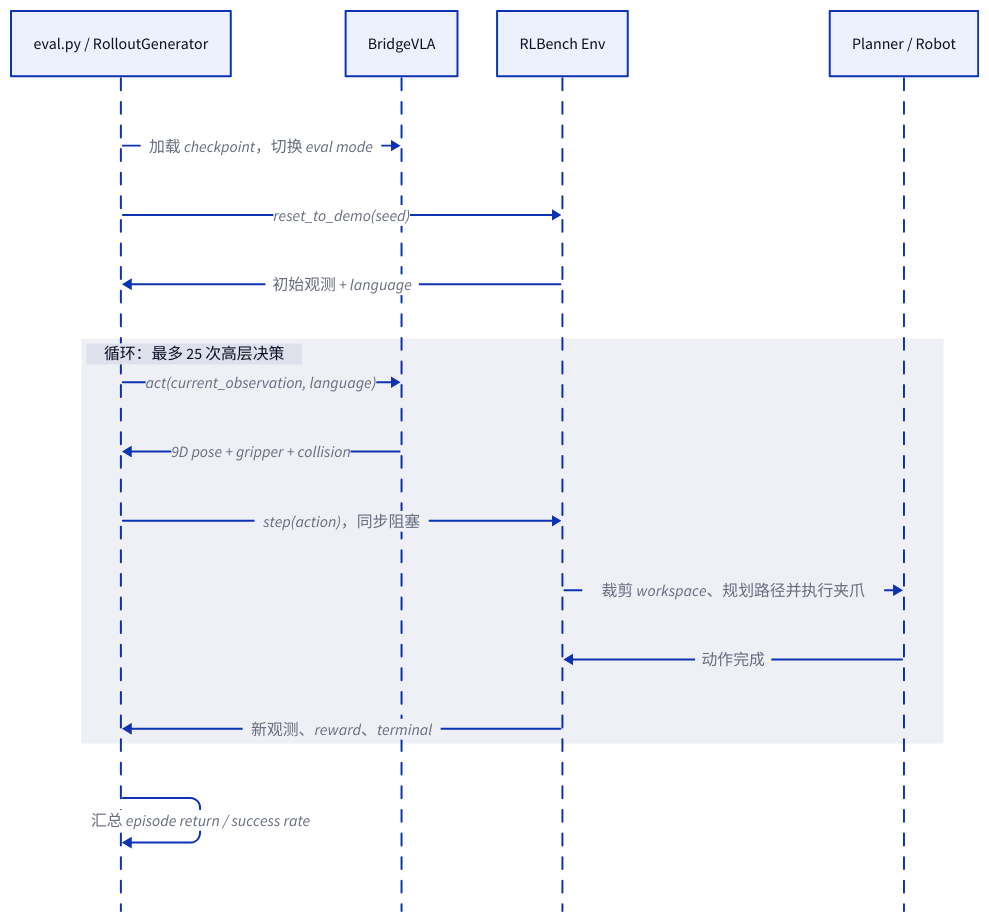
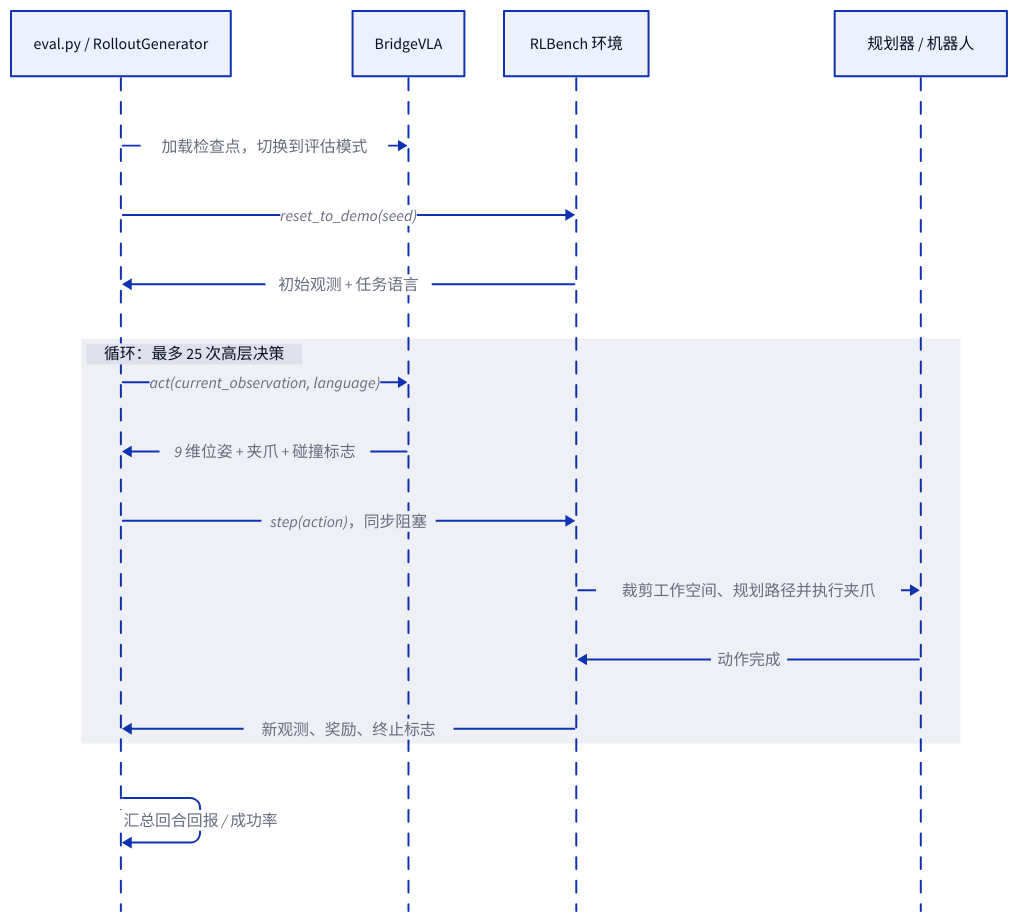
Before and after one commit to npucvr/BridgeVLA-Sequence: the diagram in docs/diagrams/online_rollout_sequence.d2, drawn with D2. The commit also changed 4 other files, not shown here.

First line of the commit message:
docs: localize RLBench workflow and diagrams

```diff
--- a/docs/diagrams/online_rollout_sequence.d2
+++ b/docs/diagrams/online_rollout_sequence.d2
@@ -1,21 +1,21 @@
 shape: sequence_diagram
 
 rollout: "eval.py / RolloutGenerator"
 agent: "BridgeVLA"
-env: "RLBench Env"
-controller: "Planner / Robot"
+env: "RLBench 环境"
+controller: "规划器 / 机器人"
 
-rollout -> agent: "加载 checkpoint，切换 eval mode"
+rollout -> agent: "加载检查点，切换到评估模式"
 rollout -> env: "reset_to_demo(seed)"
-env -> rollout: "初始观测 + language"
+env -> rollout: "初始观测 + 任务语言"
 
 episode: "循环：最多 25 次高层决策" {
   rollout -> agent: "act(current_observation, language)"
-  agent -> rollout: "9D pose + gripper + collision"
+  agent -> rollout: "9 维位姿 + 夹爪 + 碰撞标志"
   rollout -> env: "step(action)，同步阻塞"
-  env -> controller: "裁剪 workspace、规划路径并执行夹爪"
+  env -> controller: "裁剪工作空间、规划路径并执行夹爪"
   controller -> env: "动作完成"
-  env -> rollout: "新观测、reward、terminal"
+  env -> rollout: "新观测、奖励、终止标志"
 }
 
-rollout -> rollout: "汇总 episode return / success rate"
+rollout -> rollout: "汇总回合回报 / 成功率"
```
